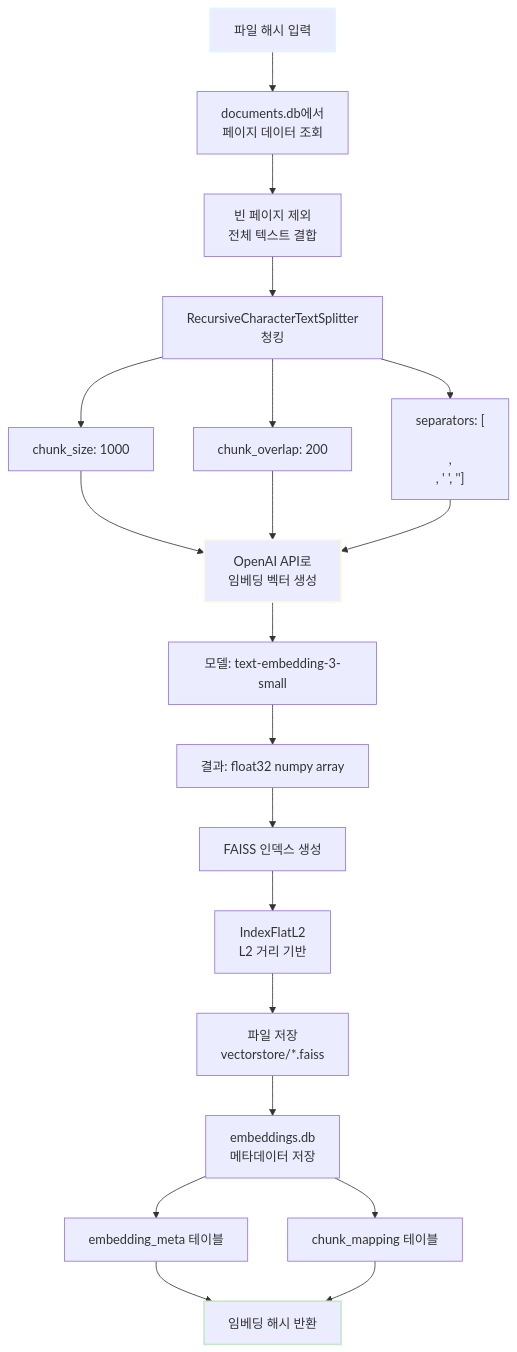
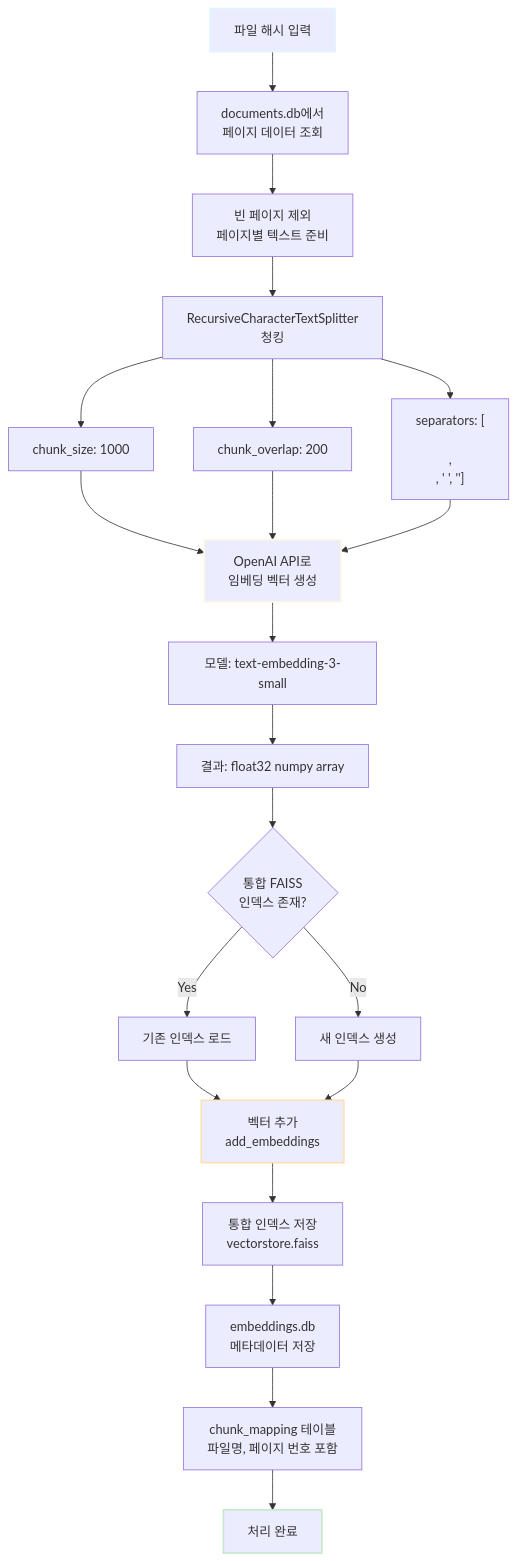
Before and after one commit to c0z0c/codeit_ai_g2b_search: the third of 11 diagrams in docs/doc/시스템_아키텍처_설계서.md, drawn with Mermaid. The commit also changed other lines of this file and 7 other files, not shown here.

````diff
--- a/docs/doc/시스템_아키텍처_설계서.md
+++ b/docs/doc/시스템_아키텍처_설계서.md
@@ -207,26 +206,28 @@
 ```mermaid
 flowchart TD
     A[파일 해시 입력] --> B[documents.db에서<br/>페이지 데이터 조회]
-    B --> C[빈 페이지 제외<br/>전체 텍스트 결합]
+    B --> C[빈 페이지 제외<br/>페이지별 텍스트 준비]
     C --> D[RecursiveCharacterTextSplitter<br/>청킹]
     D --> D1[chunk_size: 1000]
     D --> D2[chunk_overlap: 200]
     D --> D3["separators: [\n\n, \n, ' ', '']"]
     D1 --> E[OpenAI API로<br/>임베딩 벡터 생성]
     D2 --> E
     D3 --> E
     E --> E1[모델: text-embedding-3-small]
     E1 --> E2[결과: float32 numpy array]
-    E2 --> F[FAISS 인덱스 생성]
-    F --> F1[IndexFlatL2<br/>L2 거리 기반]
-    F1 --> F2[파일 저장<br/>vectorstore/*.faiss]
-    F2 --> G[embeddings.db<br/>메타데이터 저장]
-    G --> G1[embedding_meta 테이블]
-    G --> G2[chunk_mapping 테이블]
-    G1 --> H[임베딩 해시 반환]
-    G2 --> H
+    E2 --> F{통합 FAISS<br/>인덱스 존재?}
+    F -->|Yes| F1[기존 인덱스 로드]
+    F -->|No| F2[새 인덱스 생성]
+    F1 --> G[벡터 추가<br/>add_embeddings]
+    F2 --> G
+    G --> G1[통합 인덱스 저장<br/>vectorstore.faiss]
+    G1 --> H[embeddings.db<br/>메타데이터 저장]
+    H --> H1[chunk_mapping 테이블<br/>파일명, 페이지 번호 포함]
+    H1 --> I[처리 완료]
 
     style A stroke-width:2px,stroke:#e1f5ff
-    style H stroke-width:2px,stroke:#c8e6c9
+    style I stroke-width:2px,stroke:#c8e6c9
     style E stroke-width:2px,stroke:#fff9e1
+    style G stroke-width:2px,stroke:#ffe0b2
 ```
````
